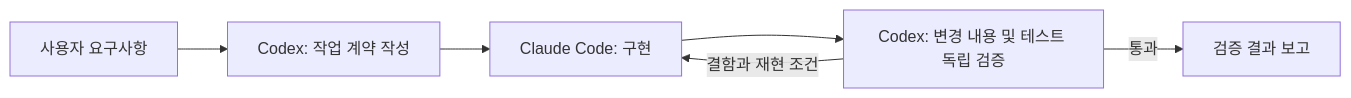
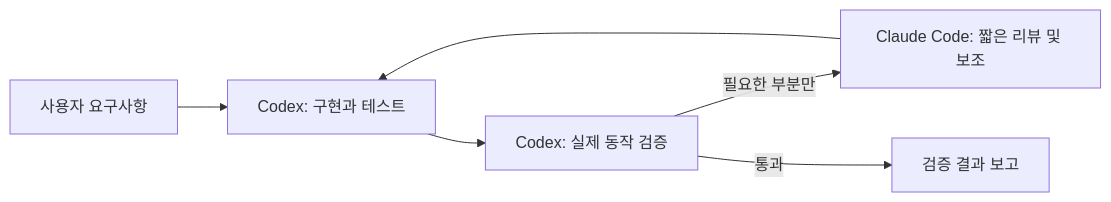
The diagram in README.md (Ji-Hyeong/ramen-town-harness), drawn with Mermaid before and after one commit. The commit also changed other lines of this file and 108 other files, not shown here.

````diff
--- a/README.md
+++ b/README.md
@@ -35,8 +37,8 @@
 ```mermaid
 flowchart LR
-    U[사용자 요구사항] --> C[Codex: 작업 계약 작성]
-    C --> I[Claude Code: 구현]
-    I --> V[Codex: 변경 내용 및 테스트 독립 검증]
-    V -->|결함과 재현 조건| I
+    U[사용자 요구사항] --> C[Codex: 구현과 테스트]
+    C --> V[Codex: 실제 동작 검증]
+    V -->|필요한 부분만| I[Claude Code: 짧은 리뷰 및 보조]
+    I --> C
     V -->|통과| R[검증 결과 보고]
 ```
````
